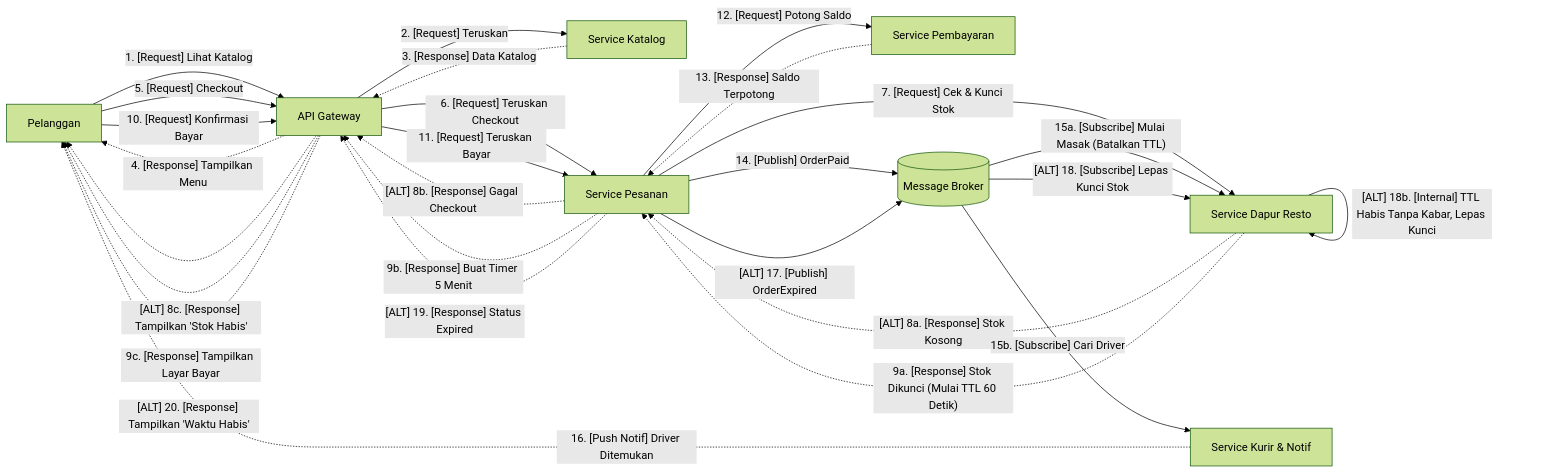
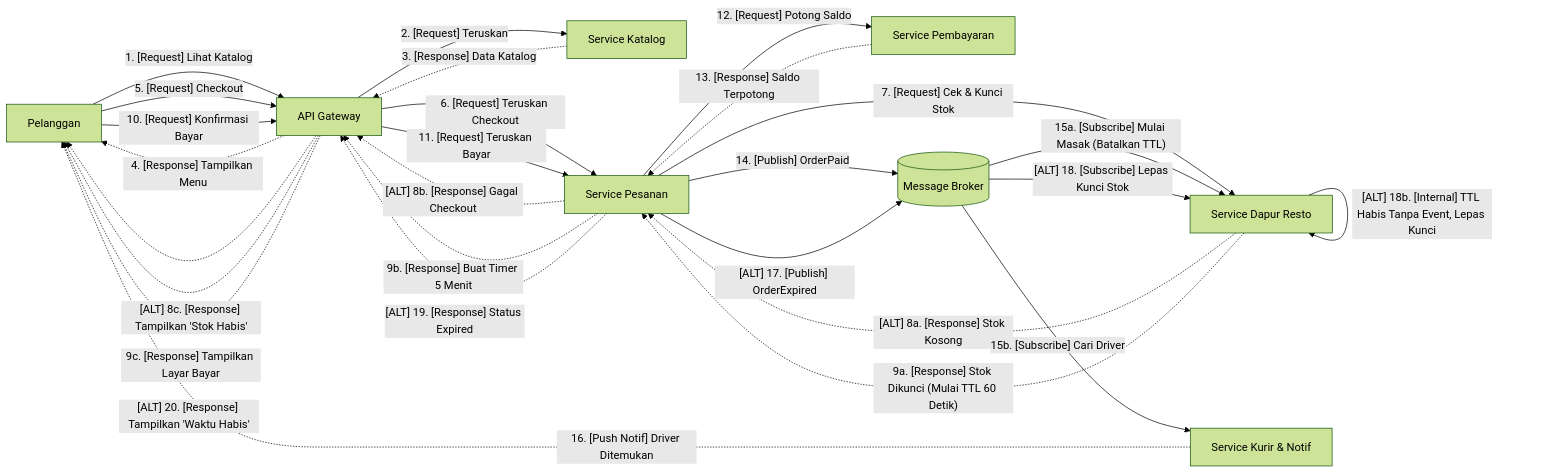
The diagram in tugas-02-perancangan-arsitektur/README.md (Enki1030/komputasi-awan-dan-terdistribusi), drawn with Mermaid (forest theme) before and after one commit.

````diff
--- a/tugas-02-perancangan-arsitektur/README.md
+++ b/tugas-02-perancangan-arsitektur/README.md
@@ -57,45 +57,45 @@
 ```mermaid
 graph LR
     Client[Pelanggan]
     Gateway[API Gateway]
     Katalog[Service Katalog]
     Order[Service Pesanan]
     Payment[Service Pembayaran]
     Broker[(Message Broker)]
     Dapur[Service Dapur Resto]
     Kurir[Service Kurir & Notif]
 
     Client -->|"1. [Request] Lihat Katalog"| Gateway
     Gateway -->|"2. [Request] Teruskan"| Katalog
     Katalog -.->|"3. [Response] Data Katalog"| Gateway
     Gateway -.->|"4. [Response] Tampilkan Menu"| Client
 
     Client -->|"5. [Request] Checkout"| Gateway
     Gateway -->|"6. [Request] Teruskan Checkout"| Order
     Order -->|"7. [Request] Cek & Kunci Stok"| Dapur
 
     Dapur -.->|"[ALT] 8a. [Response] Stok Kosong"| Order
     Order -.->|"[ALT] 8b. [Response] Gagal Checkout"| Gateway
     Gateway -.->|"[ALT] 8c. [Response] Tampilkan 'Stok Habis'"| Client
 
     Dapur -.->|"9a. [Response] Stok Dikunci (Mulai TTL 60 Detik)"| Order
     Order -.->|"9b. [Response] Buat Timer 5 Menit"| Gateway
     Gateway -.->|"9c. [Response] Tampilkan Layar Bayar"| Client
 
     Client -->|"10. [Request] Konfirmasi Bayar"| Gateway
     Gateway -->|"11. [Request] Teruskan Bayar"| Order
     Order -->|"12. [Request] Potong Saldo"| Payment
     Payment -.->|"13. [Response] Saldo Terpotong"| Order
     
     Order -->|"14. [Publish] OrderPaid"| Broker
     Broker -->|"15a. [Subscribe] Mulai Masak (Batalkan TTL)"| Dapur
     Broker -->|"15b. [Subscribe] Cari Driver"| Kurir
     Kurir -.->|"16. [Push Notif] Driver Ditemukan"| Client
 
     Order -->|"[ALT] 17. [Publish] OrderExpired"| Broker
     Broker -->|"[ALT] 18. [Subscribe] Lepas Kunci Stok"| Dapur
-    Dapur -->|"[ALT] 18b. [Internal] TTL Habis Tanpa Kabar, Lepas Kunci"| Dapur
+    Dapur -->|"[ALT] 18b. [Internal] TTL Habis Tanpa Event, Lepas Kunci"| Dapur
     Order -.->|"[ALT] 19. [Response] Status Expired"| Gateway
     Gateway -.->|"[ALT] 20. [Response] Tampilkan 'Waktu Habis'"| Client
 
 ```
````
